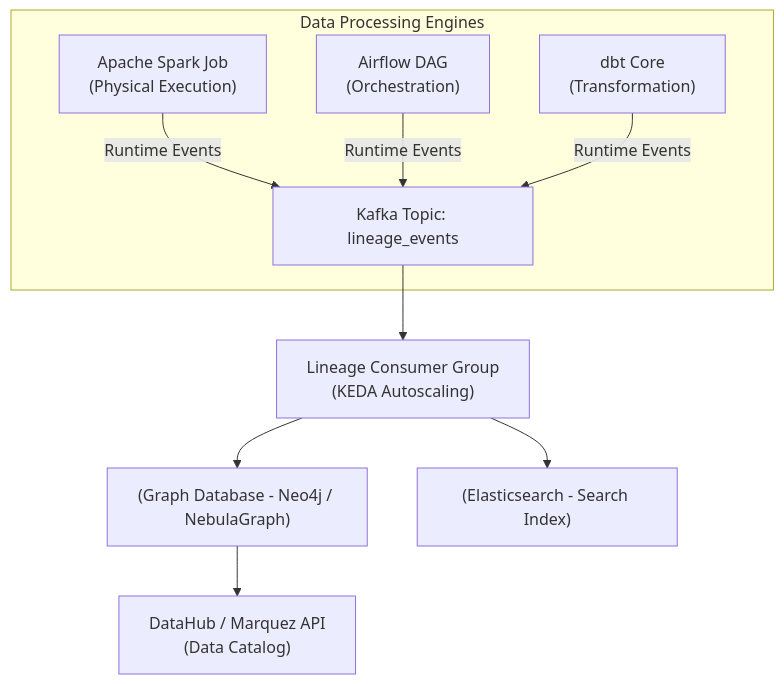
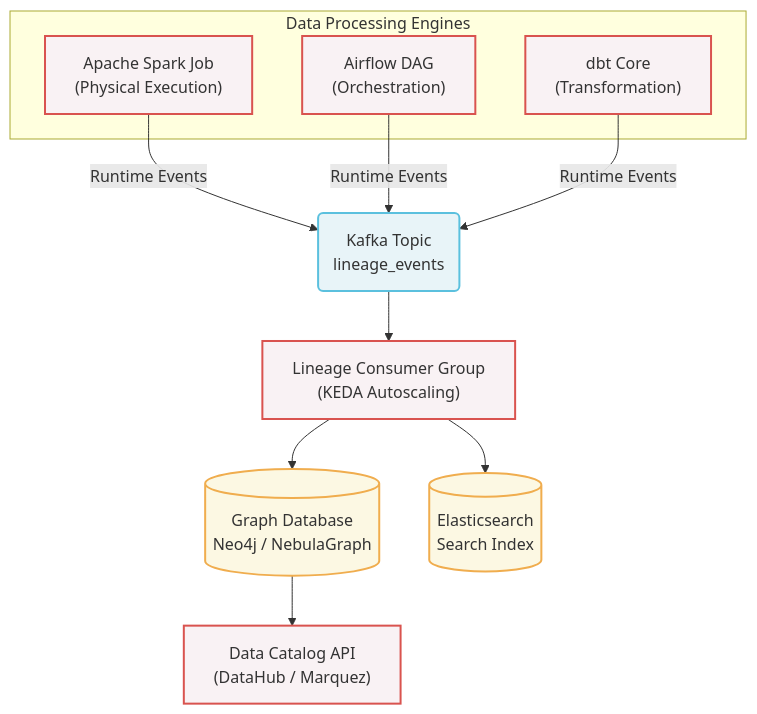
One commit to kythuatdulieu/kythuatdulieu.github.io changed the diagram in src/content/docs/concepts/8-security-governance-finops/data-lineage.md. Above: the diagram before and after it, drawn with Mermaid. The commit also changed other lines of this file and 1 other file, not shown here.

Commit message:
rewrite(8-security-governance-finops): data-lineage

````diff
--- a/src/content/docs/concepts/8-security-governance-finops/data-lineage.md
+++ b/src/content/docs/concepts/8-security-governance-finops/data-lineage.md
@@ -29,12 +44,29 @@
 ```mermaid
 graph TD
-    subgraph Data Processing Engines
-    A["Apache Spark Job\n(Physical Execution)"] -->|Runtime Events| B["Kafka Topic: lineage_events"]
-    C["Airflow DAG\n(Orchestration)"] -->|Runtime Events| B
-    D["dbt Core\n(Transformation)"] -->|Runtime Events| B
+    classDef engine fill:#f9f2f4,stroke:#d9534f,stroke-width:2px;
+    classDef messaging fill:#e8f4f8,stroke:#5bc0de,stroke-width:2px;
+    classDef storage fill:#fcf8e3,stroke:#f0ad4e,stroke-width:2px;
+
+    subgraph "Data Processing Engines"
+        A["Apache Spark Job<br/>(Physical Execution)"]:::engine
+        C["Airflow DAG<br/>(Orchestration)"]:::engine
+        D["dbt Core<br/>(Transformation)"]:::engine
     end
-    B --> E["Lineage Consumer Group\n(KEDA Autoscaling)"]
-    E --> F["(Graph Database - Neo4j / NebulaGraph)"]
-    E --> G["(Elasticsearch - Search Index)"]
-    F --> H["DataHub / Marquez API\n(Data Catalog)"]
+
+    B("Kafka Topic<br/>lineage_events"):::messaging
+    
+    A -->|Runtime Events| B
+    C -->|Runtime Events| B
+    D -->|Runtime Events| B
+
+    E["Lineage Consumer Group<br/>(KEDA Autoscaling)"]:::engine
+    B --> E
+    
+    F[("Graph Database<br/>Neo4j / NebulaGraph")]:::storage
+    G[("Elasticsearch<br/>Search Index")]:::storage
+    
+    E --> F
+    E --> G
+    
+    F --> H["Data Catalog API<br/>(DataHub / Marquez)"]:::engine
 ```
````
